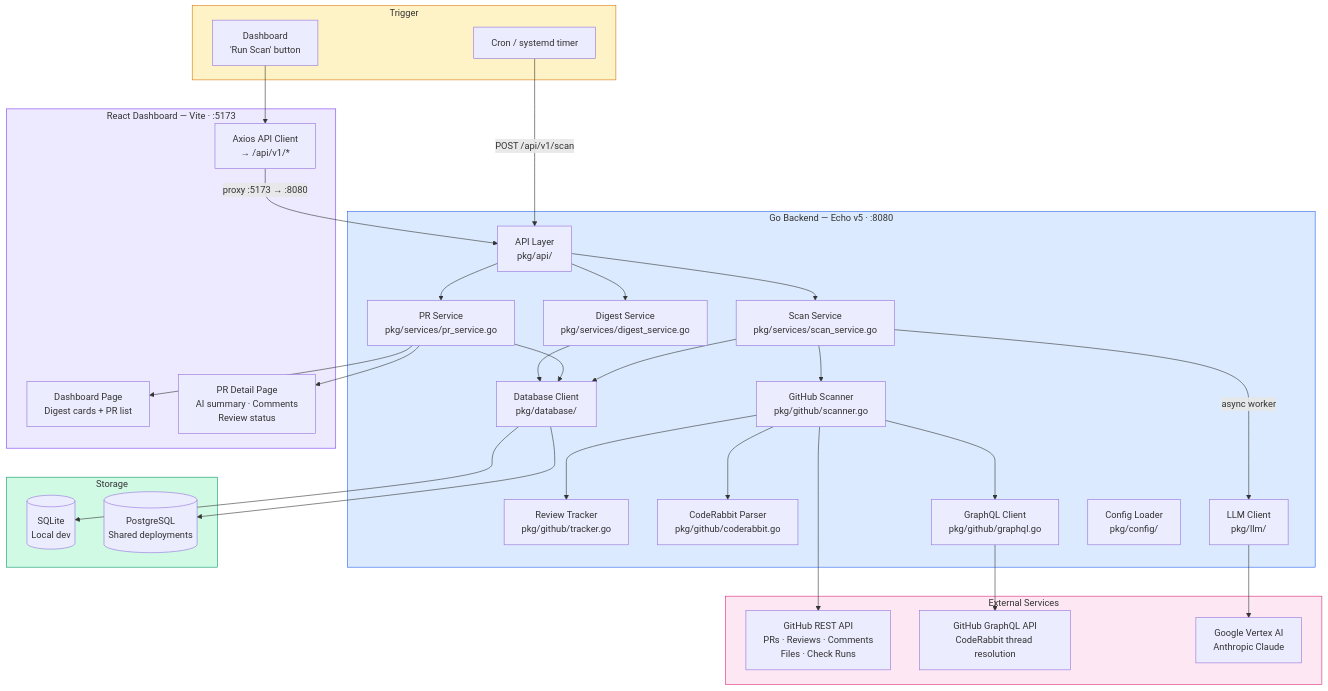
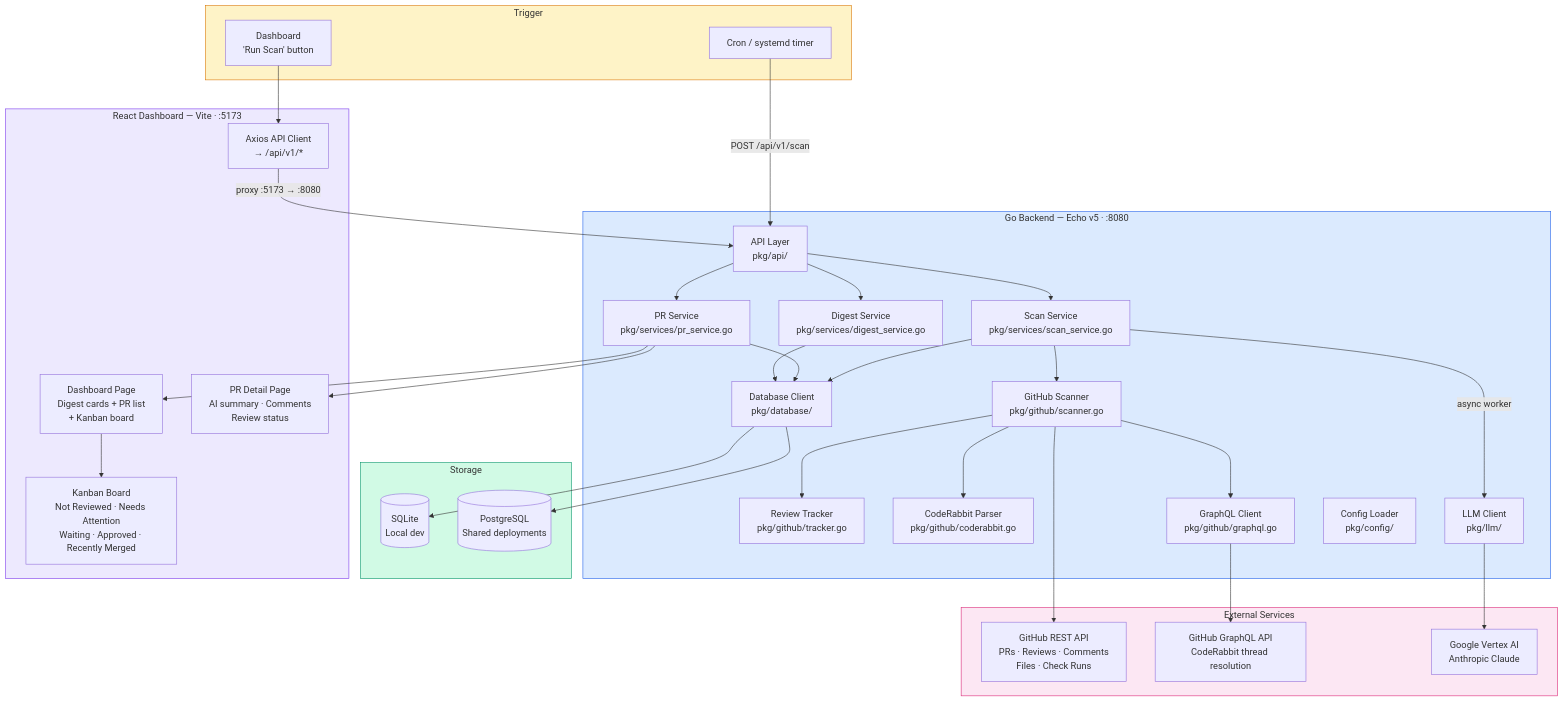
The first of 3 diagrams in docs/architecture.md (fbm3307/PR-Scout), drawn with Mermaid before and after one commit. The commit also changed other lines of this file and 15 other files, not shown here.

````diff
--- a/docs/architecture.md
+++ b/docs/architecture.md
@@ -5,70 +5,72 @@
 ```mermaid
 flowchart TB
     subgraph Trigger["Trigger"]
         CRON["Cron / systemd timer"]
         UI_BTN["Dashboard<br/>'Run Scan' button"]
     end
 
     subgraph Backend["Go Backend — Echo v5 · :8080"]
         API["API Layer<br/>pkg/api/"]
         SCAN["Scan Service<br/>pkg/services/scan_service.go"]
         PR_SVC["PR Service<br/>pkg/services/pr_service.go"]
         DIGEST["Digest Service<br/>pkg/services/digest_service.go"]
         SCANNER["GitHub Scanner<br/>pkg/github/scanner.go"]
         TRACKER["Review Tracker<br/>pkg/github/tracker.go"]
         CR["CodeRabbit Parser<br/>pkg/github/coderabbit.go"]
         GQL["GraphQL Client<br/>pkg/github/graphql.go"]
         LLM["LLM Client<br/>pkg/llm/"]
         CFG["Config Loader<br/>pkg/config/"]
         DB_CLIENT["Database Client<br/>pkg/database/"]
     end
 
     subgraph External["External Services"]
         GH_REST["GitHub REST API<br/>PRs · Reviews · Comments<br/>Files · Check Runs"]
         GH_GQL["GitHub GraphQL API<br/>CodeRabbit thread resolution"]
         VERTEX["Google Vertex AI<br/>Anthropic Claude"]
     end
 
     subgraph Storage["Storage"]
         SQLITE[("SQLite<br/>Local dev")]
         POSTGRES[("PostgreSQL<br/>Shared deployments")]
     end
 
     subgraph Dashboard["React Dashboard — Vite · :5173"]
-        DASH_PAGE["Dashboard Page<br/>Digest cards + PR list"]
+        DASH_PAGE["Dashboard Page<br/>Digest cards + PR list<br/>+ Kanban board"]
+        BOARD["Kanban Board<br/>Not Reviewed · Needs Attention<br/>Waiting · Approved · Recently Merged"]
         DETAIL_PAGE["PR Detail Page<br/>AI summary · Comments<br/>Review status"]
         API_CLIENT["Axios API Client<br/>→ /api/v1/*"]
+        DASH_PAGE --> BOARD
     end
 
     CRON -->|"POST /api/v1/scan"| API
     UI_BTN --> API_CLIENT
     API_CLIENT -->|"proxy :5173 → :8080"| API
 
     API --> SCAN
     API --> PR_SVC
     API --> DIGEST
 
     SCAN --> SCANNER
     SCAN -->|"async worker"| LLM
     SCANNER --> GH_REST
     SCANNER --> CR
     SCANNER --> GQL
     GQL --> GH_GQL
     SCANNER --> TRACKER
     LLM --> VERTEX
 
     SCAN --> DB_CLIENT
     PR_SVC --> DB_CLIENT
     DIGEST --> DB_CLIENT
     DB_CLIENT --> SQLITE
     DB_CLIENT --> POSTGRES
 
     PR_SVC --> DASH_PAGE
     PR_SVC --> DETAIL_PAGE
 
     style Trigger fill:#fef3c7,stroke:#d97706
     style Backend fill:#dbeafe,stroke:#2563eb
     style External fill:#fce7f3,stroke:#db2777
     style Storage fill:#d1fae5,stroke:#059669
     style Dashboard fill:#ede9fe,stroke:#7c3aed
 ```
````
